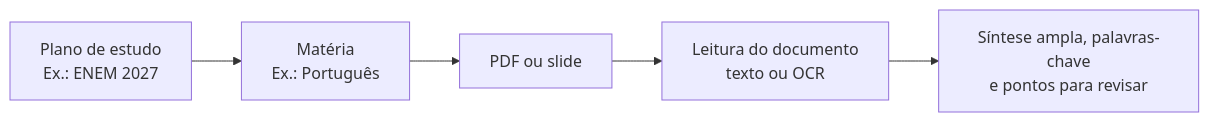
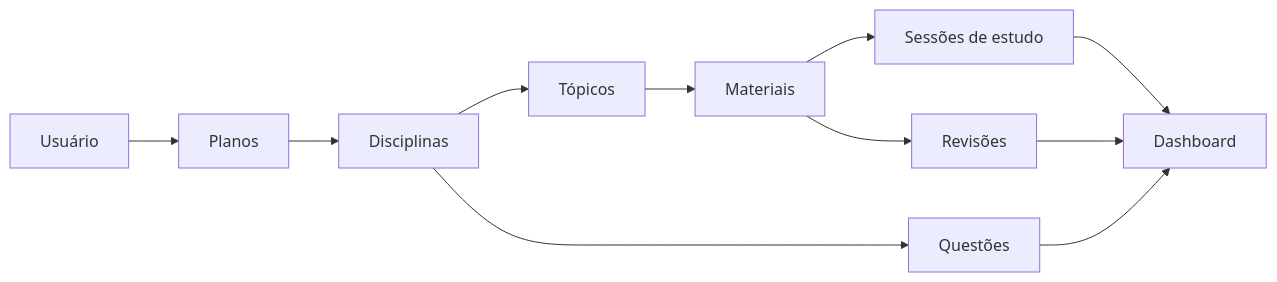
One commit to Victor-Hugo-A/organiza-concursos changed the diagram in README.md. Above: the diagram before and after it, drawn with Mermaid. The commit also changed other lines of this file and 2 other files, not shown here.

````diff
--- a/README.md
+++ b/README.md
@@ -17,7 +32,13 @@
 ```mermaid
 flowchart LR
-    A[Plano de estudo<br/>Ex.: ENEM 2027] --> B[Matéria<br/>Ex.: Português]
-    B --> C[PDF ou slide]
-    C --> D[Leitura do documento<br/>texto ou OCR]
-    D --> E[Síntese ampla, palavras-chave<br/>e pontos para revisar]
+  U[Usuário] --> P[Planos]
+  P --> D[Disciplinas]
+  D --> T[Tópicos]
+  T --> M[Materiais]
+  M --> S[Sessões de estudo]
+  D --> Q[Questões]
+  M --> R[Revisões]
+  S --> DASH[Dashboard]
+  Q --> DASH
+  R --> DASH
 ```
````
